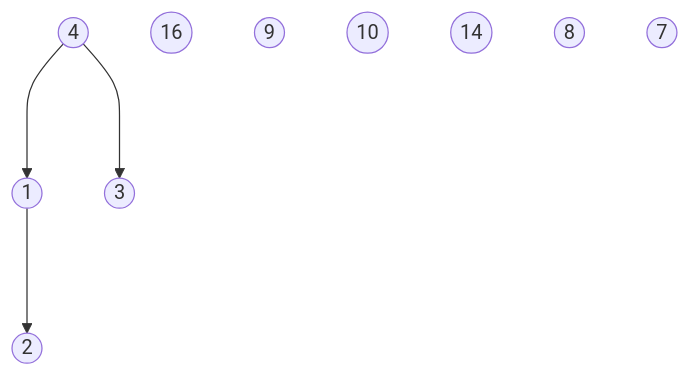
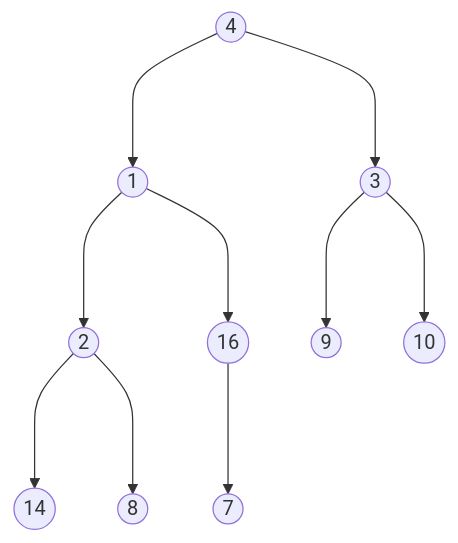
Before and after one commit to Luca-02/dispense-algoritmica: the diagram in Algoritmi e Strutture Dati/2. 🔩 Strutture Dati/🟣 Heap/2. Operazioni Heap.md, drawn with Mermaid. The commit also changed other lines of this file and 1 other file, not shown here.

````diff
--- a/Algoritmi e Strutture Dati/2. 🔩 Strutture Dati/🟣 Heap/2. Operazioni Heap.md
+++ b/Algoritmi e Strutture Dati/2. 🔩 Strutture Dati/🟣 Heap/2. Operazioni Heap.md
@@ -39,16 +40,22 @@
 ```mermaid
 flowchart TB; 
 i1((4))
 i2((1))
 i3((3))
 i4((2))
 i5((16))
 i6((9))
 i7((10))
 i8((14))
 i9((8))
 i10((7))
 i1 ---> i2
 i1 ---> i3
 i2 --->i4
+i2 --->i5
+i3 --->i6
+i3 --->i7
+i4 ---> i8
+i4 ---> i9
+i5 ---> i10
 ```
````
